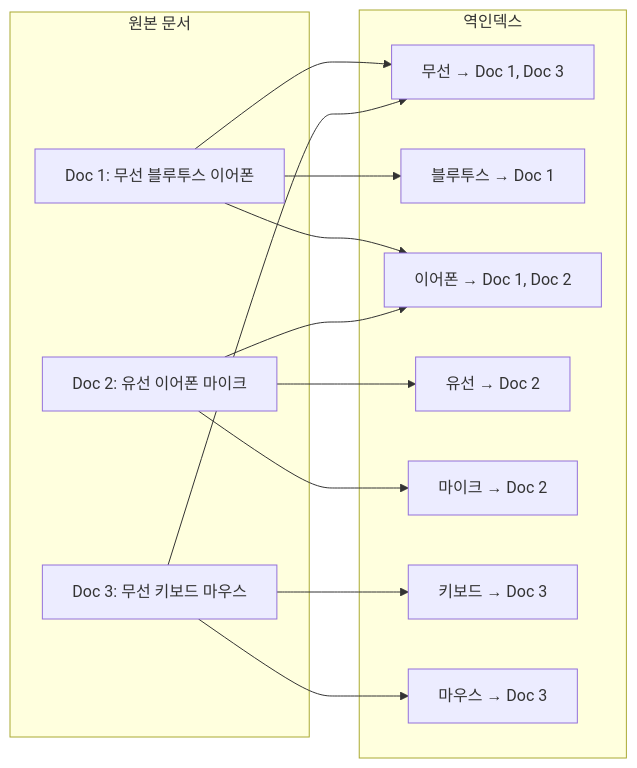
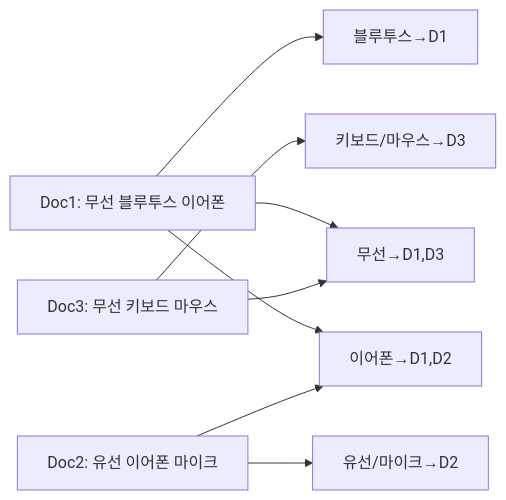
The first of 7 diagrams in _posts/nosql/2026-05-03-elasticsearch-deep.md (yjkim2015/yjkim2015.github.io), drawn with Mermaid before and after one commit. The commit also changed other lines of this file and 215 other files, not shown here.

First line of the commit message:
신규 포스트 10개 추가 + Mermaid 전면 축소 + SystemDesign 시리즈 보강

````diff
--- a/_posts/nosql/2026-05-03-elasticsearch-deep.md
+++ b/_posts/nosql/2026-05-03-elasticsearch-deep.md
@@ -24,26 +24,6 @@
 ```mermaid
 flowchart LR
-    subgraph "원본 문서"
-        D1["Doc 1: 무선 블루투스 이어폰"]
-        D2["Doc 2: 유선 이어폰 마이크"]
-        D3["Doc 3: 무선 키보드 마우스"]
-    end
-    subgraph "역인덱스"
-        T1["무선 → Doc 1, Doc 3"]
-        T2["블루투스 → Doc 1"]
-        T3["이어폰 → Doc 1, Doc 2"]
-        T4["유선 → Doc 2"]
-        T5["마이크 → Doc 2"]
-        T6["키보드 → Doc 3"]
-        T7["마우스 → Doc 3"]
-    end
-    D1 --> T1
-    D1 --> T2
-    D1 --> T3
-    D2 --> T3
-    D2 --> T4
-    D2 --> T5
-    D3 --> T1
-    D3 --> T6
-    D3 --> T7
+    D1["Doc1: 무선 블루투스 이어폰"] --> T1["무선→D1,D3"] & T2["이어폰→D1,D2"] & T3["블루투스→D1"]
+    D2["Doc2: 유선 이어폰 마이크"] --> T2 & T4["유선/마이크→D2"]
+    D3["Doc3: 무선 키보드 마우스"] --> T1 & T5["키보드/마우스→D3"]
 ```
````
